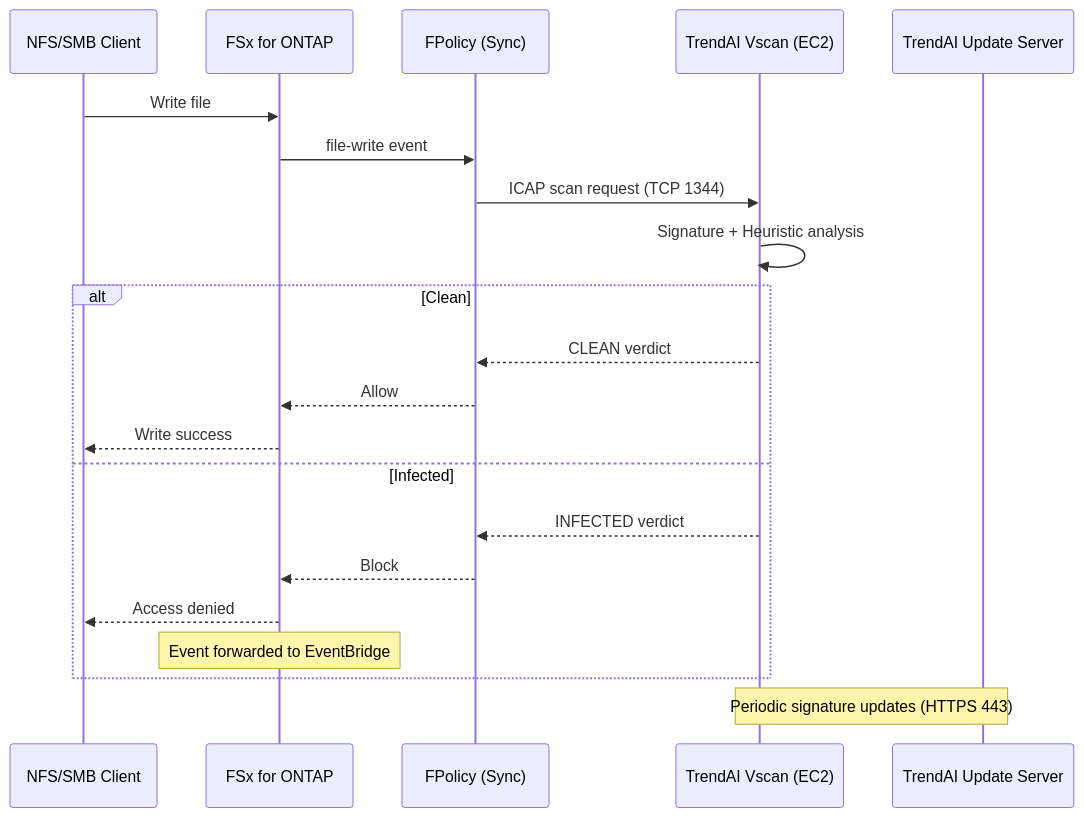
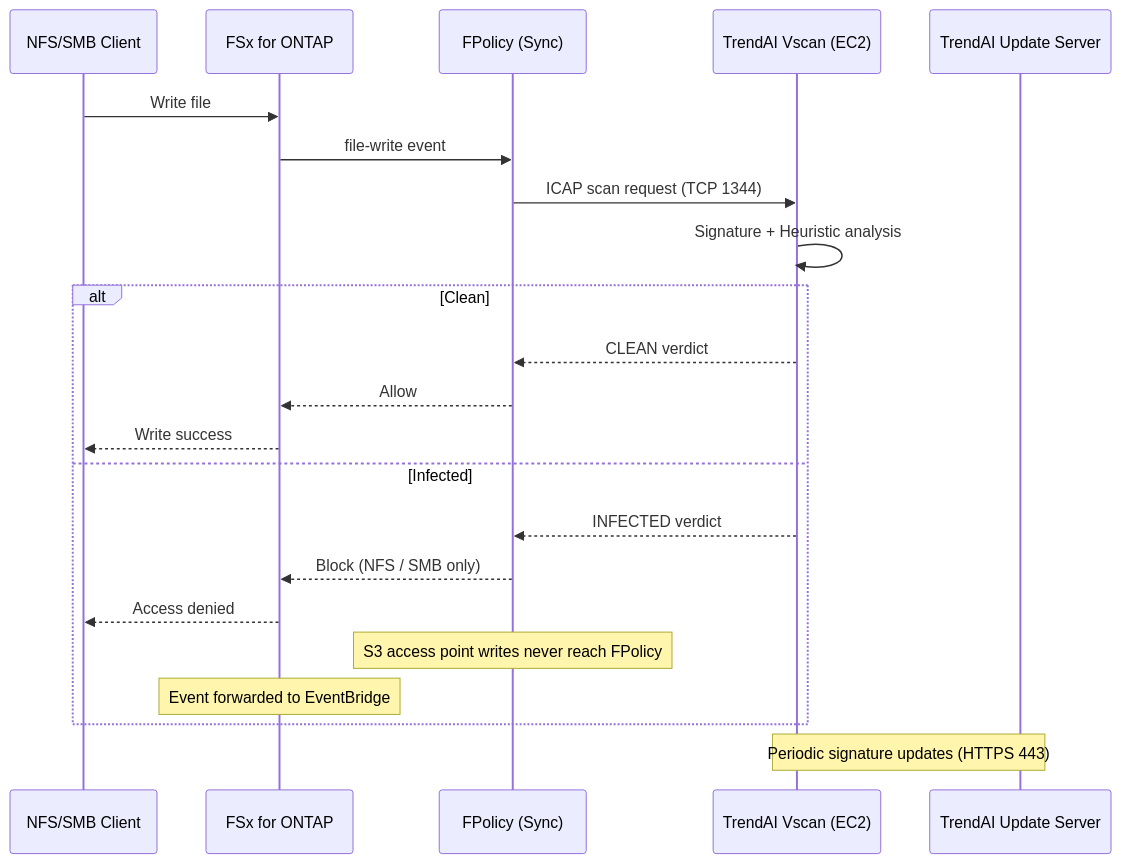
One commit to Yoshiki0705/fsxn-cyber-resilience-patterns changed the diagram in docs/trendai-file-security/architecture-vscan.md. Above: the diagram before and after it, drawn with Mermaid. The commit also changed other lines of this file and 10 other files, not shown here.

First line of the commit message:
fix: FPolicy is not a control on the S3 Access Point path

````diff
--- a/docs/trendai-file-security/architecture-vscan.md
+++ b/docs/trendai-file-security/architecture-vscan.md
@@ -10,26 +10,27 @@
 ```mermaid
 sequenceDiagram
     participant Client as NFS/SMB Client
     participant FSx as FSx for ONTAP
     participant FPolicy as FPolicy (Sync)
     participant Vscan as TrendAI Vscan (EC2)
     participant Update as TrendAI Update Server
 
     Client->>FSx: Write file
     FSx->>FPolicy: file-write event
     FPolicy->>Vscan: ICAP scan request (TCP 1344)
     Vscan->>Vscan: Signature + Heuristic analysis
     
     alt Clean
         Vscan-->>FPolicy: CLEAN verdict
         FPolicy-->>FSx: Allow
         FSx-->>Client: Write success
     else Infected
         Vscan-->>FPolicy: INFECTED verdict
-        FPolicy-->>FSx: Block
+        FPolicy-->>FSx: Block (NFS / SMB only)
         FSx-->>Client: Access denied
+        Note over FPolicy: S3 access point writes never reach FPolicy
         Note over FSx: Event forwarded to EventBridge
     end
     
     Note over Vscan,Update: Periodic signature updates (HTTPS 443)
 ```
````
